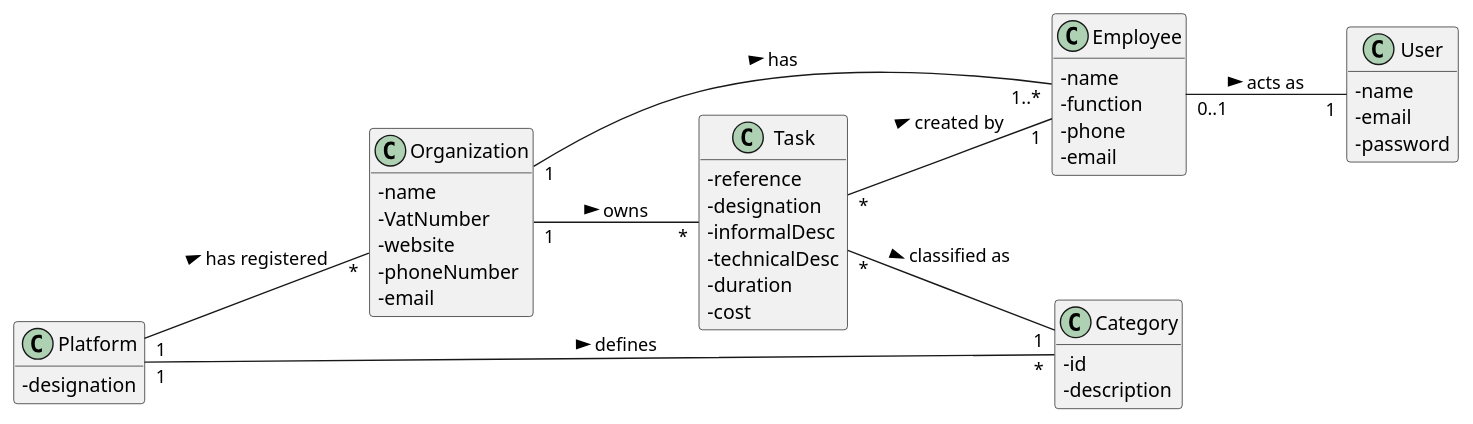
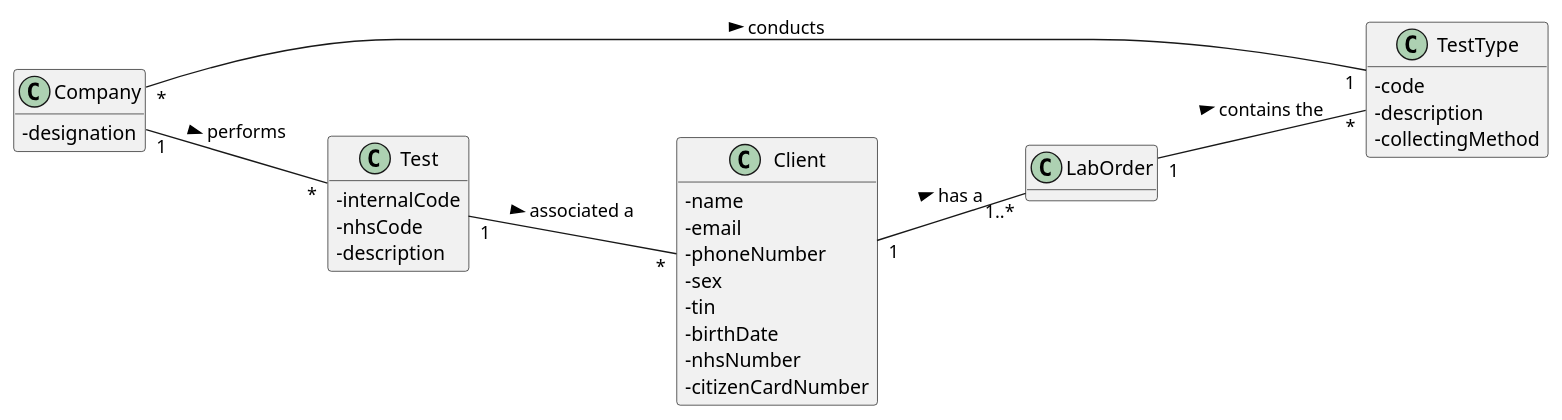
Before and after one commit to manu-07-ela/LAPR2_ISEP: the diagram in docs/SprintC/US04/US04_MD.puml, drawn with PlantUML. The commit also changed 2 other files, not shown here.

```diff
--- a/docs/SprintC/US04/US04_MD.puml
+++ b/docs/SprintC/US04/US04_MD.puml
@@ -1,56 +1,45 @@
 @startuml
 hide methods
 left to right direction
 skinparam classAttributeIconSize 0
 
 
-class Platform {
+class Client {
+   - name
+   - email
+   - phoneNumber
+   - sex
+   - tin
+   - birthDate
+   - nhsNumber
+   - citizenCardNumber
+}
+
+class LabOrder {
+}
+
+class TestType {
+  -code
+  -description
+  -collectingMethod
+}
+
+class Company {
   -designation
 }
 
-class Organization {
-  -name
-  -VatNumber
-  -website
-  -phoneNumber
-  -email
-}
-
-class Task {
-  -reference
-  -designation
-  -informalDesc
-  -technicalDesc
-  -duration
-  -cost
-}
-
-class Category {
-  -id
+class Test {
+  -internalCode
+  -nhsCode
   -description
 }
 
-class Employee {
-  -name
-  -function
-  -phone
-  -email
-}
-
-class User {
-  -name
-  -email
-  -password
-}
-
-Platform "1" -- "*" Organization : has registered >
-Platform "1" -- "*" Category : defines >
-Organization "1" -- "1..*" Employee : has >
-Organization "1" -- "*" Task: owns >
-Task "*" -- "1" Employee: created by >
-Employee "0..1" -- "1" User: acts as >
-Task "*" -- "1" Category: classified as >
+Company "1" -- "*" Test : performs >
+Test "1" -- "*" Client : associated a >
+Client "1" -- "1..*" LabOrder : has a >
+LabOrder "1" -- "*" TestType: contains the >
+Company "*" -- "1" TestType: conducts >
 
 
 
 @enduml
```
